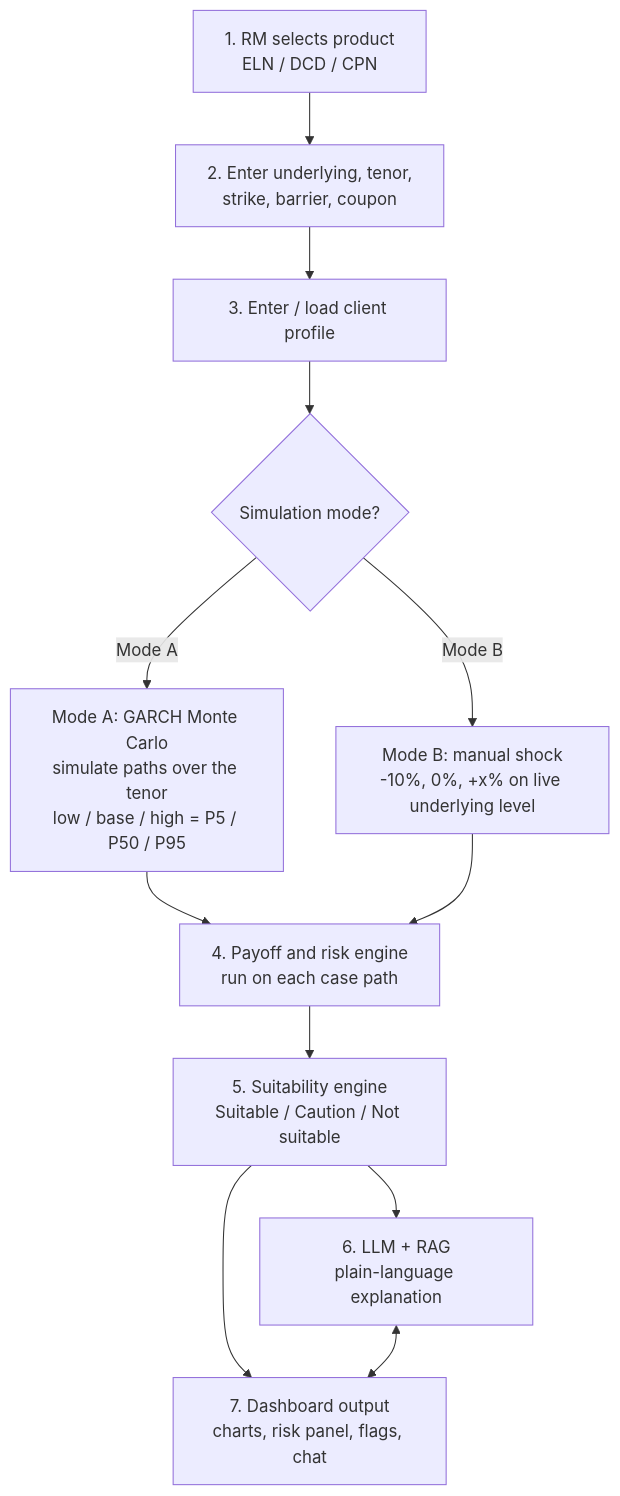
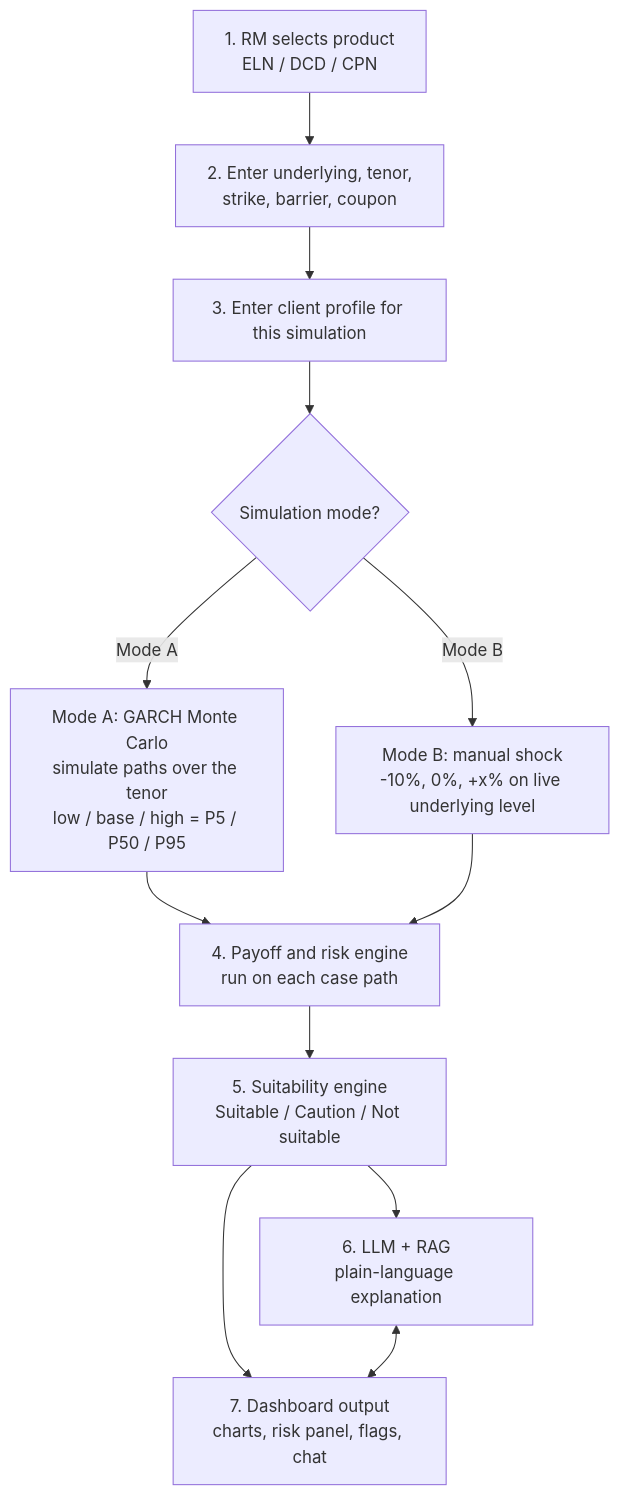
The first of 2 diagrams in PRD.md (vedantjagtap53/Mindspark26), drawn with Mermaid before and after one commit. The commit also changed other lines of this file and 54 other files, not shown here.

````diff
--- a/PRD.md
+++ b/PRD.md
@@ -33,14 +33,14 @@
 ```mermaid
 flowchart TB
   A["1. RM selects product<br/>ELN / DCD / CPN"] --> B["2. Enter underlying, tenor,<br/>strike, barrier, coupon"]
-  B --> C["3. Enter / load client profile"]
+  B --> C["3. Enter client profile for this simulation"]
   C --> D{"Simulation mode?"}
   D -->|"Mode A"| E["Mode A: GARCH Monte Carlo<br/>simulate paths over the tenor<br/>low / base / high = P5 / P50 / P95"]
   D -->|"Mode B"| F["Mode B: manual shock<br/>-10%, 0%, +x% on live underlying level"]
   E --> G["4. Payoff and risk engine<br/>run on each case path"]
   F --> G
   G --> H["5. Suitability engine<br/>Suitable / Caution / Not suitable"]
   H --> I["6. LLM + RAG<br/>plain-language explanation"]
   H --> J["7. Dashboard output<br/>charts, risk panel, flags, chat"]
   I <--> J
 ```
````
